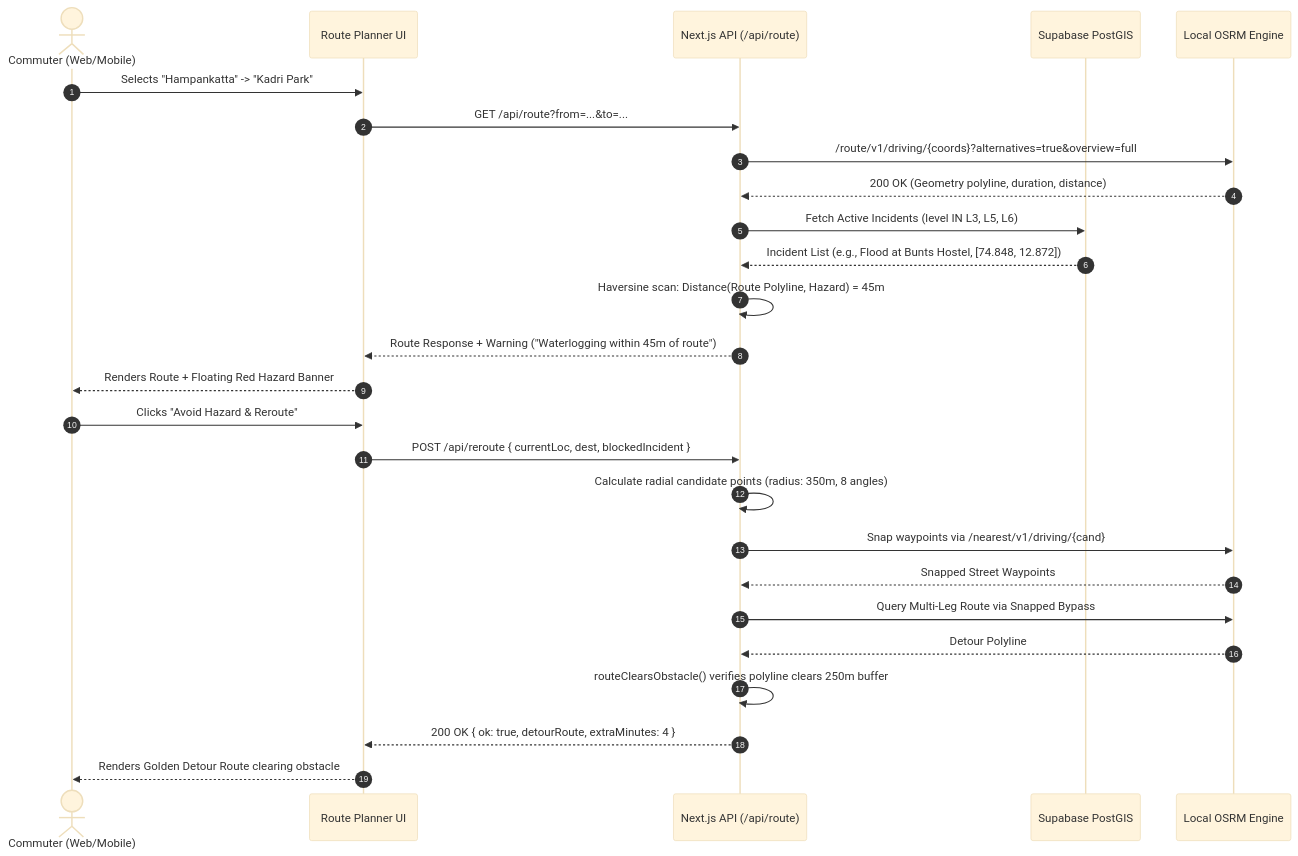
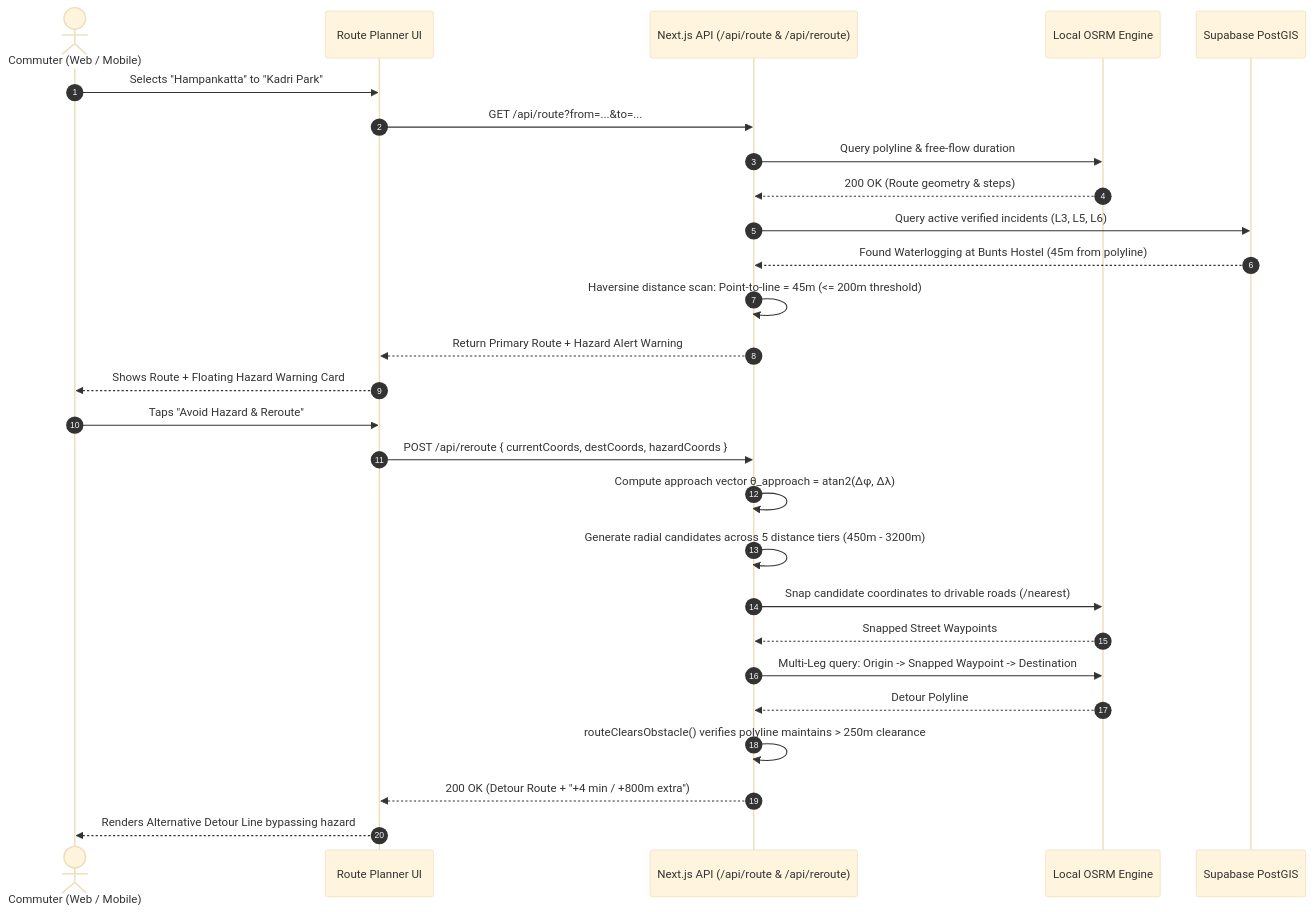
One commit to nexathon-cookies/tafficsense changed the second of 2 diagrams in docs/routing-and-rerouting-flow.md. Above: the diagram before and after it, drawn with Mermaid (base theme). The commit also changed other lines of this file and 1 other file, not shown here.

````diff
--- a/docs/routing-and-rerouting-flow.md
+++ b/docs/routing-and-rerouting-flow.md
@@ -63,30 +61,31 @@
 ```mermaid
 sequenceDiagram
     autonumber
-    actor Commuter as Commuter (Web/Mobile)
+    actor Driver as Commuter (Web / Mobile)
     participant UI as Route Planner UI
-    participant API as Next.js API (/api/route)
+    participant API as Next.js API (/api/route & /api/reroute)
+    participant OSRM as Local OSRM Engine
     participant DB as Supabase PostGIS
-    participant OSRM as Local OSRM Engine
 
-    Commuter->>UI: Selects "Hampankatta" -> "Kadri Park"
+    Driver->>UI: Selects "Hampankatta" to "Kadri Park"
     UI->>API: GET /api/route?from=...&to=...
-    API->>OSRM: /route/v1/driving/{coords}?alternatives=true&overview=full
-    OSRM-->>API: 200 OK (Geometry polyline, duration, distance)
-    API->>DB: Fetch Active Incidents (level IN L3, L5, L6)
-    DB-->>API: Incident List (e.g., Flood at Bunts Hostel, [74.848, 12.872])
-    API->>API: Haversine scan: Distance(Route Polyline, Hazard) = 45m
-    API-->>UI: Route Response + Warning ("Waterlogging within 45m of route")
-    UI-->>Commuter: Renders Route + Floating Red Hazard Banner
+    API->>OSRM: Query polyline & free-flow duration
+    OSRM-->>API: 200 OK (Route geometry & steps)
+    API->>DB: Query active verified incidents (L3, L5, L6)
+    DB-->>API: Found Waterlogging at Bunts Hostel (45m from polyline)
+    API->>API: Haversine distance scan: Point-to-line = 45m (<= 200m threshold)
+    API-->>UI: Return Primary Route + Hazard Alert Warning
+    UI-->>Driver: Shows Route + Floating Hazard Warning Card
 
-    Commuter->>UI: Clicks "Avoid Hazard & Reroute"
-    UI->>API: POST /api/reroute { currentLoc, dest, blockedIncident }
-    API->>API: Calculate radial candidate points (radius: 350m, 8 angles)
-    API->>OSRM: Snap waypoints via /nearest/v1/driving/{cand}
+    Driver->>UI: Taps "Avoid Hazard & Reroute"
+    UI->>API: POST /api/reroute { currentCoords, destCoords, hazardCoords }
+    API->>API: Compute approach vector θ_approach = atan2(Δφ, Δλ)
+    API->>API: Generate radial candidates across 5 distance tiers (450m - 3200m)
+    API->>OSRM: Snap candidate coordinates to drivable roads (/nearest)
     OSRM-->>API: Snapped Street Waypoints
-    API->>OSRM: Query Multi-Leg Route via Snapped Bypass
+    API->>OSRM: Multi-Leg query: Origin -> Snapped Waypoint -> Destination
     OSRM-->>API: Detour Polyline
-    API->>API: routeClearsObstacle() verifies polyline clears 250m buffer
-    API-->>UI: 200 OK { ok: true, detourRoute, extraMinutes: 4 }
-    UI-->>Commuter: Renders Golden Detour Route clearing obstacle
+    API->>API: routeClearsObstacle() verifies polyline maintains > 250m clearance
+    API-->>UI: 200 OK (Detour Route + "+4 min / +800m extra")
+    UI-->>Driver: Renders Alternative Detour Line bypassing hazard
 ```
````
